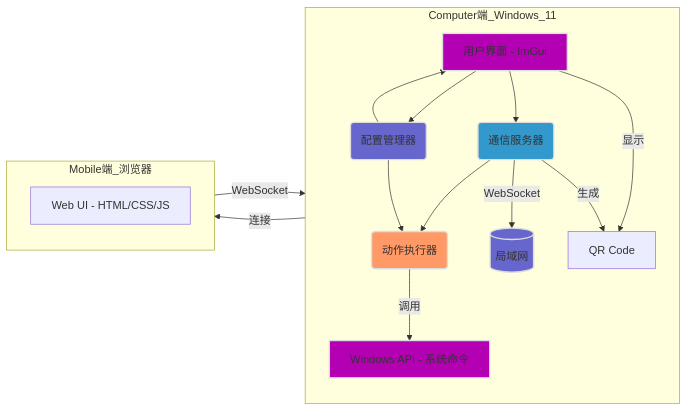
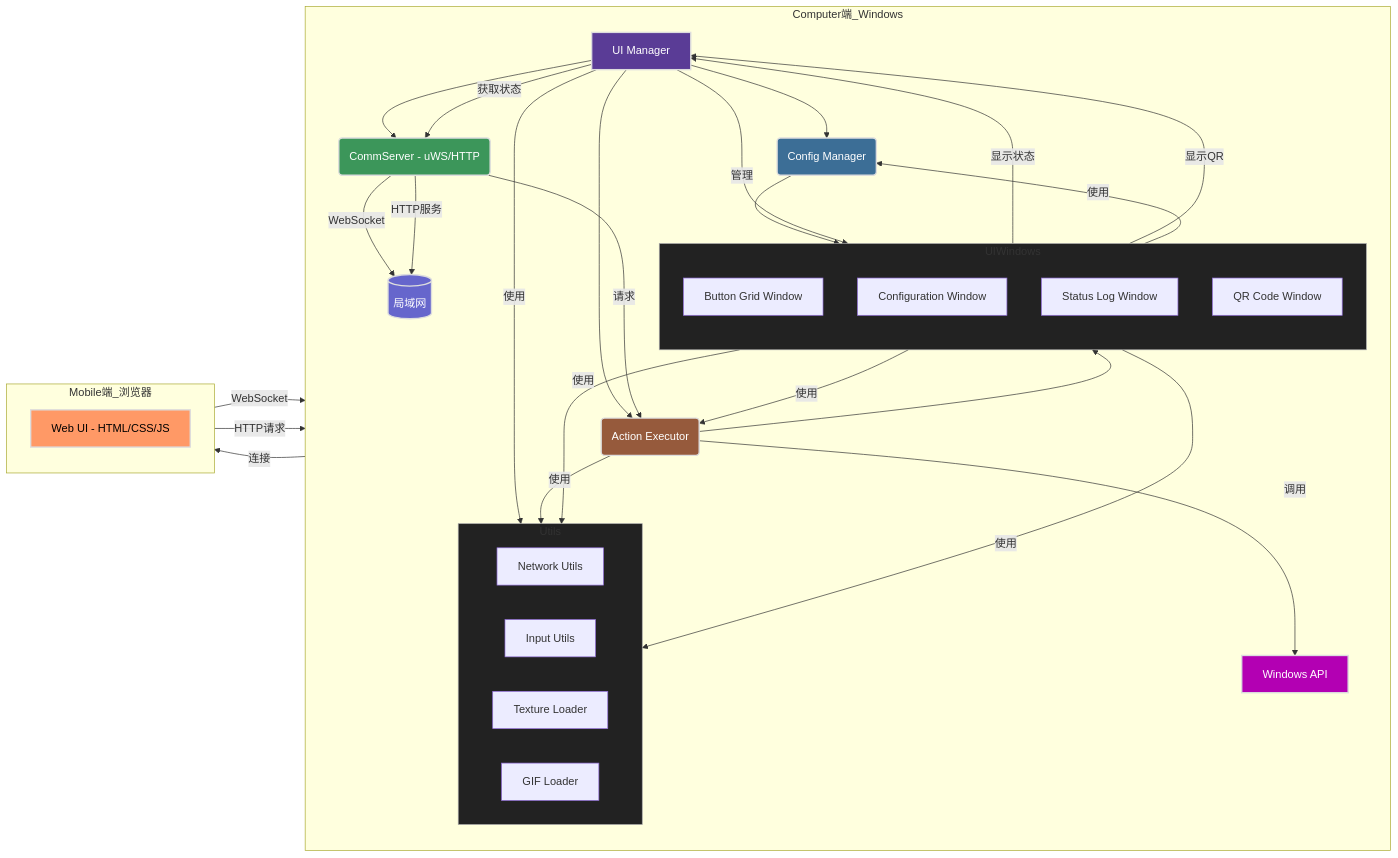
One commit to assemly/WebStreamDeck changed the diagram in readme.md. Above: the diagram before and after it, drawn with Mermaid. The commit also changed other lines of this file, not shown here.

````diff
--- a/readme.md
+++ b/readme.md
@@ -16,30 +16,65 @@
 ```mermaid
 flowchart LR
-    subgraph Computer端_Windows_11
+    subgraph Computer端_Windows
         direction TB
-        A[用户界面 - ImGui] --> B(配置管理器)
-        B --> A
-        A --> C(通信服务器)
-        C --> D(动作执行器)
-        B --> D
-        D -- 调用 --> E[Windows API - 系统命令]
-        C -- WebSocket --> F[(局域网)]
-        A -- 显示 --> G[QR Code]
-        C -- 生成 --> G
+        A[UI Manager] --> B(Config Manager)
+        A --> C(Action Executor)
+        A --> D(CommServer - uWS/HTTP)
+
+        subgraph UIWindows
+            direction TB
+            WinGrid[Button Grid Window]
+            WinConfig[Configuration Window]
+            WinStatus[Status Log Window]
+            WinQR[QR Code Window]
+        end
+
+        subgraph Utils
+            direction RL
+            UtilNet[Network Utils]
+            UtilInput[Input Utils]
+            UtilTex[Texture Loader]
+            UtilGif[GIF Loader]
+        end
+
+        A -- 管理 --> UIWindows
+        UIWindows -- 使用 --> B
+        UIWindows -- 使用 --> C
+        UIWindows -- 使用 --> UtilTex
+        UIWindows -- 使用 --> UtilGif
+        A -- 使用 --> UtilNet
+
+        B --> WinConfig
+        C --> WinConfig
+        D -- WebSocket --> E[(局域网)]
+        D -- HTTP服务 --> E
+        D -- 请求 --> C
+        C -- 调用 --> F[Windows API]
+        C -- 使用 --> UtilInput
+        A -- 获取状态 --> D
+        WinStatus -- 显示状态 --> A
+        WinQR -- 显示QR --> A
+
+
     end
 
     subgraph Mobile端_浏览器
         direction TB
-        H[Web UI - HTML/CSS/JS] -- WebSocket --> F
+        G[Web UI - HTML/CSS/JS] -- WebSocket --> E
+        G -- HTTP请求 --> E
     end
 
-    F -- 连接 --> H
+    E -- 连接 --> G
 
-    %% 使用合适颜色适配 dark 模式
-    style A fill:#b300b3,stroke:#ddd,stroke-width:2px
-    style B fill:#6666cc,stroke:#ddd,stroke-width:2px
-    style C fill:#3399cc,stroke:#ddd,stroke-width:2px
-    style D fill:#ff9966,stroke:#ddd,stroke-width:2px
-    style E fill:#b300b3,stroke:#ddd,stroke-width:2px
-    style F fill:#6666cc,stroke:#ddd,stroke-width:2px
+    %% Style
+    style A fill:#5a3c96,stroke:#ddd,stroke-width:2px,color:#fff
+    style B fill:#3c6e96,stroke:#ddd,stroke-width:2px,color:#fff
+    style C fill:#965a3c,stroke:#ddd,stroke-width:2px,color:#fff
+    style D fill:#3c965a,stroke:#ddd,stroke-width:2px,color:#fff
+    style F fill:#b300b3,stroke:#ddd,stroke-width:2px,color:#fff
+    style E fill:#6666cc,stroke:#ddd,stroke-width:2px,color:#fff
+    style G fill:#ff9966,stroke:#ddd,stroke-width:2px,color:#000
+    style UIWindows fill:#222,stroke:#aaa,stroke-width:1px
+    style Utils fill:#222,stroke:#aaa,stroke-width:1px
+
 ```
````
